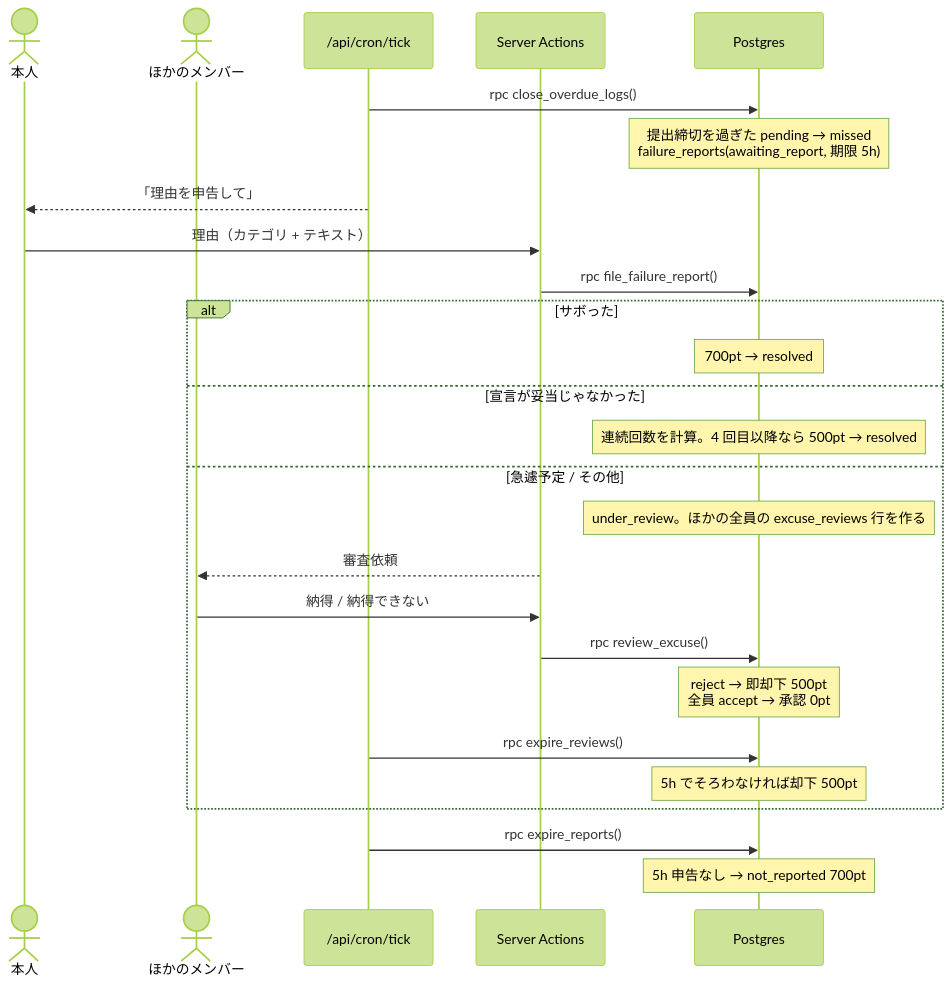
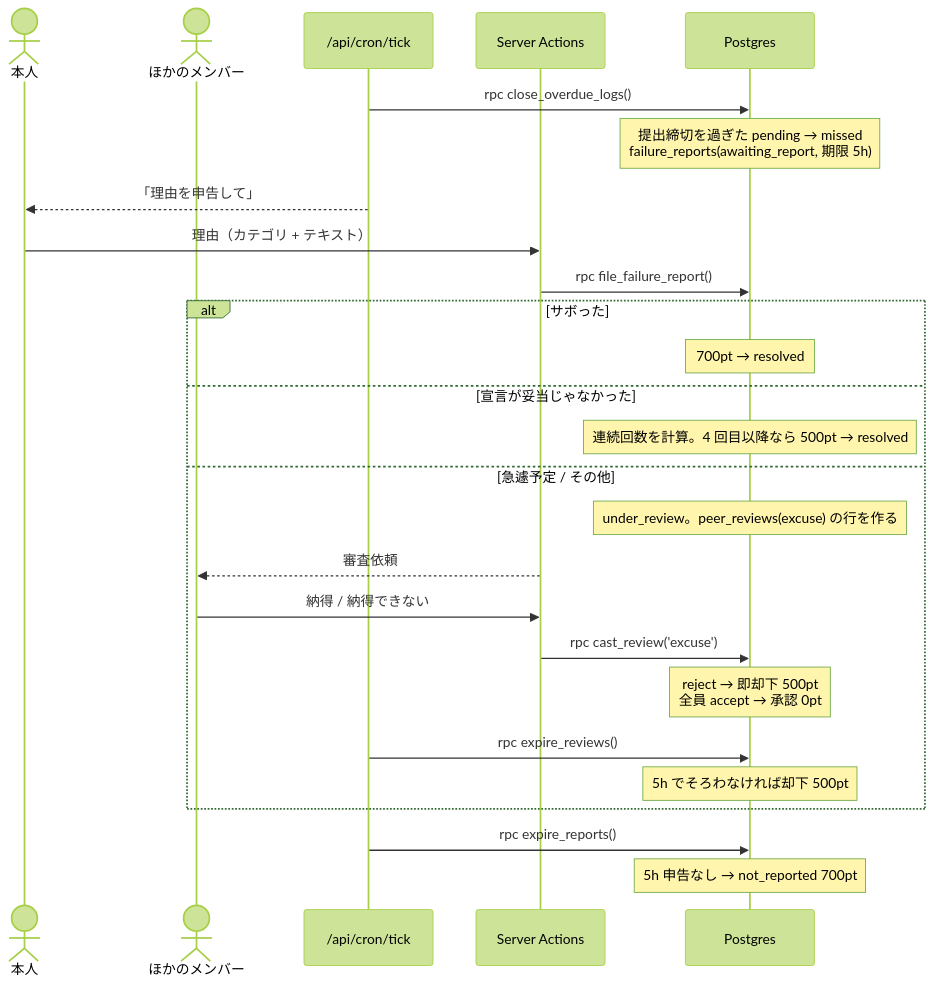
Before and after one commit to ashilal1/force-study-app: the fourth of 5 diagrams in docs/architecture.md, drawn with Mermaid (forest theme). The commit also changed other lines of this file and 6 other files, not shown here.

````diff
--- a/docs/architecture.md
+++ b/docs/architecture.md
@@ -109,28 +118,28 @@
 ```mermaid
 sequenceDiagram
     actor U as 本人
     actor F as ほかのメンバー
     participant T as /api/cron/tick
     participant SA as Server Actions
     participant DB as Postgres
     T->>DB: rpc close_overdue_logs()
     Note over DB: 提出締切を過ぎた pending → missed<br/>failure_reports(awaiting_report, 期限 5h)
     T-->>U: 「理由を申告して」
     U->>SA: 理由（カテゴリ + テキスト）
     SA->>DB: rpc file_failure_report()
     alt サボった
         Note over DB: 700pt → resolved
     else 宣言が妥当じゃなかった
         Note over DB: 連続回数を計算。4 回目以降なら 500pt → resolved
     else 急遽予定 / その他
-        Note over DB: under_review。ほかの全員の excuse_reviews 行を作る
+        Note over DB: under_review。peer_reviews(excuse) の行を作る
         SA-->>F: 審査依頼
         F->>SA: 納得 / 納得できない
-        SA->>DB: rpc review_excuse()
+        SA->>DB: rpc cast_review('excuse')
         Note over DB: reject → 即却下 500pt<br/>全員 accept → 承認 0pt
         T->>DB: rpc expire_reviews()
         Note over DB: 5h でそろわなければ却下 500pt
     end
     T->>DB: rpc expire_reports()
     Note over DB: 5h 申告なし → not_reported 700pt
 ```
````
